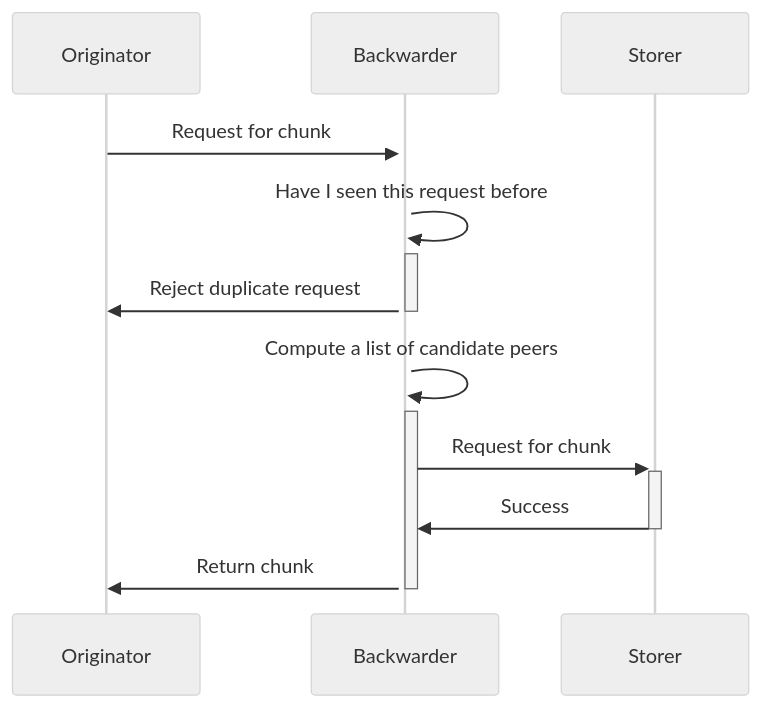
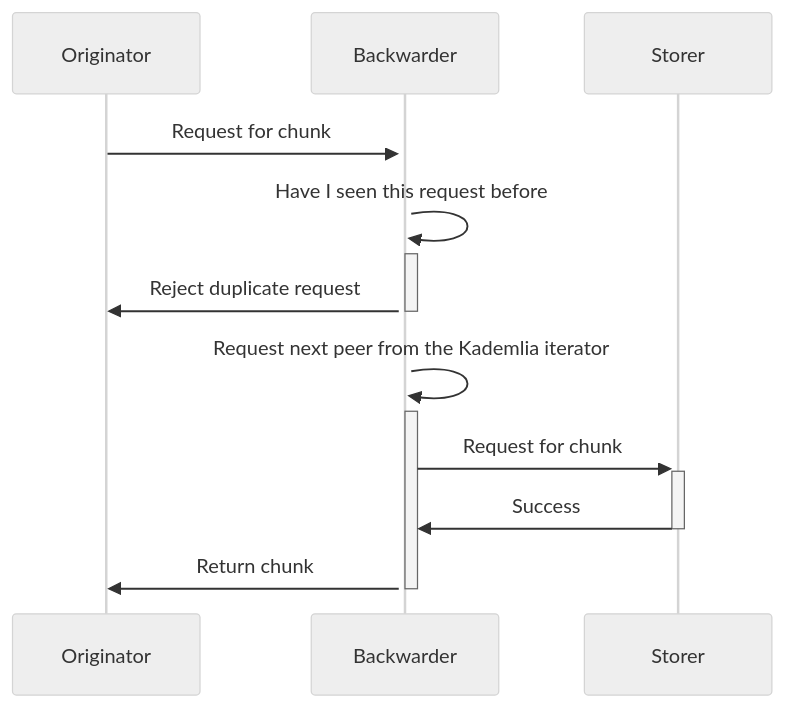
One commit to ethersphere/bee-docs changed the first of 3 diagrams in docs/develop/bee-developers/advanced.md. Above: the diagram before and after it, drawn with Mermaid (neutral theme). The commit also changed other lines of this file, not shown here.

````diff
--- a/docs/develop/bee-developers/advanced.md
+++ b/docs/develop/bee-developers/advanced.md
@@ -103,10 +146,10 @@
 ```mermaid
 sequenceDiagram
     Originator->>+Backwarder: Request for chunk
     Backwarder->>+Backwarder: Have I seen this request before
     Backwarder->>-Originator: Reject duplicate request
-    Backwarder->>+Backwarder: Compute a list of candidate peers
+    Backwarder->>+Backwarder: Request next peer from the Kademlia iterator
     Backwarder->>+Storer: Request for chunk
     Storer->>-Backwarder: Success
     Backwarder->>-Originator: Return chunk
 ```
````
